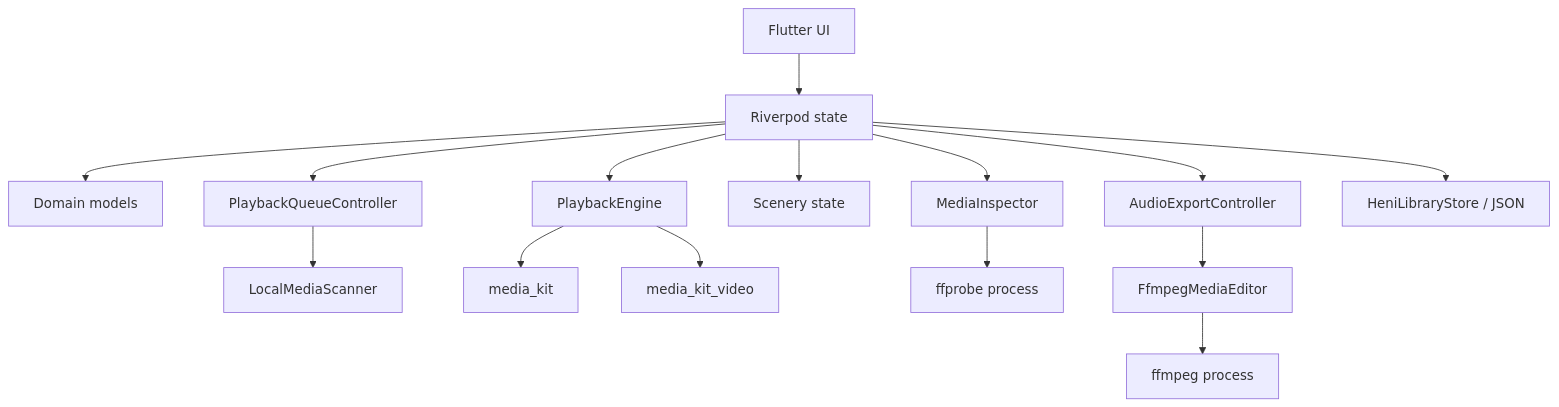
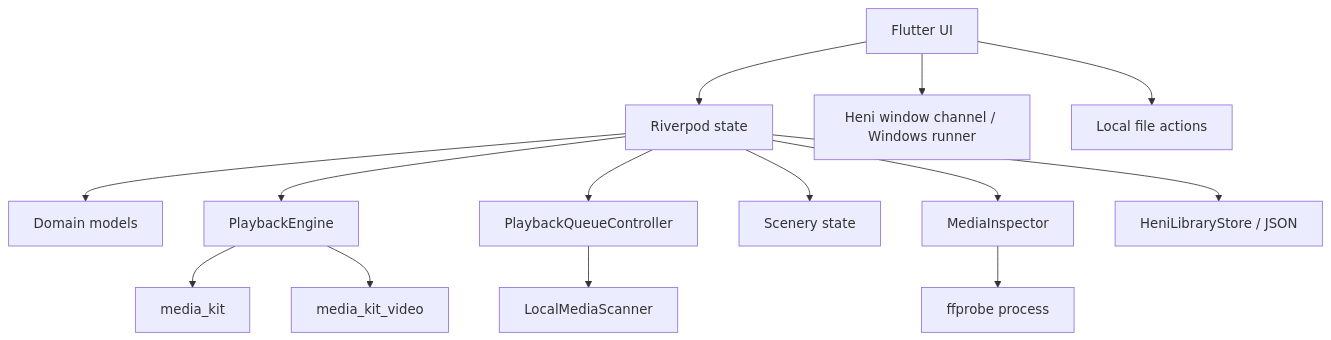
Before and after one commit to fhfeishi/heni: the diagram in docs/architecture.md, drawn with Mermaid. The commit also changed other lines of this file and 8 other files, not shown here.

````diff
--- a/docs/architecture.md
+++ b/docs/architecture.md
@@ -17,17 +17,16 @@
 ```mermaid
 flowchart TD
   UI["Flutter UI"] --> State["Riverpod state"]
   State --> Domain["Domain models"]
   State --> Playback["PlaybackEngine"]
   State --> Queue["PlaybackQueueController"]
   State --> Scenery["Scenery state"]
   State --> Probe["MediaInspector"]
-  State --> Export["AudioExportController"]
   State --> Store["HeniLibraryStore / JSON"]
   Queue --> Scanner["LocalMediaScanner"]
   Playback --> MediaKit["media_kit"]
   Playback --> Video["media_kit_video"]
   Probe --> FFprobe["ffprobe process"]
-  Export --> Editor["FfmpegMediaEditor"]
-  Editor --> FFmpeg["ffmpeg process"]
+  UI --> Window["Heni window channel / Windows runner"]
+  UI --> Files["Local file actions"]
 ```
````
